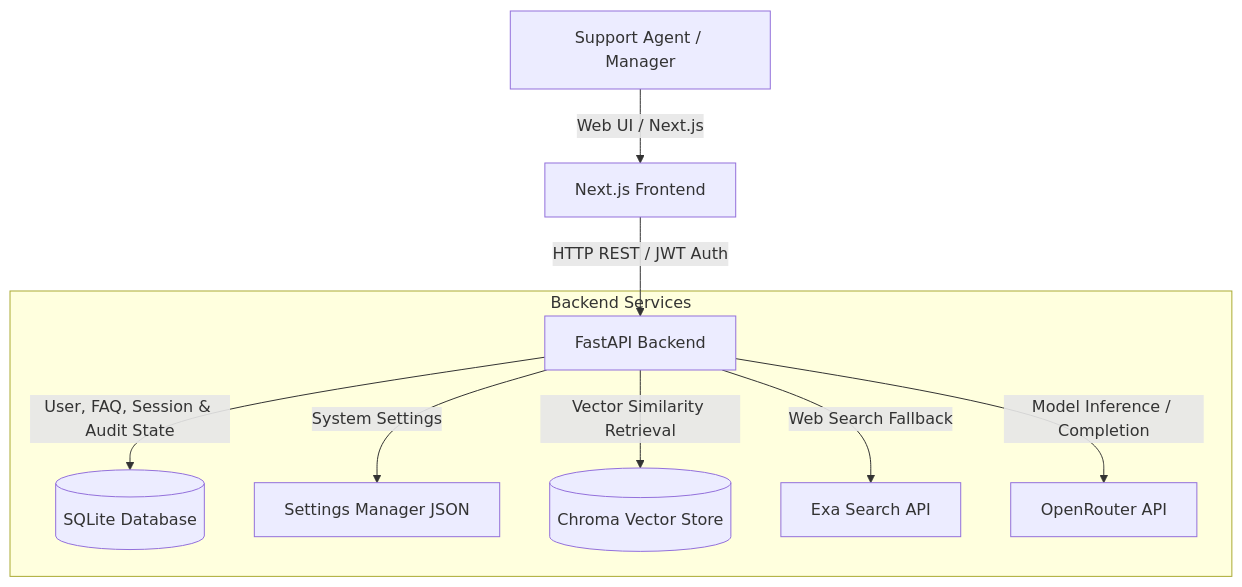
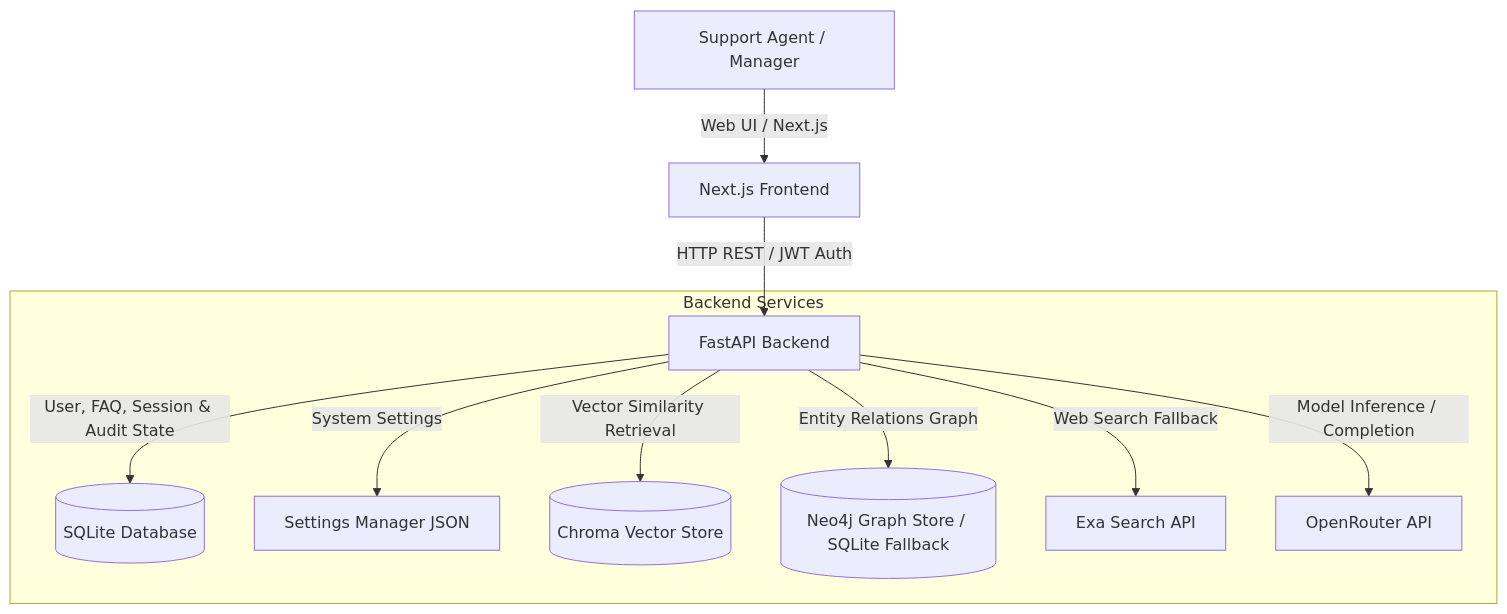
The first of 2 diagrams in System Report.md (johnpradeep06/Kairo), drawn with Mermaid before and after one commit. The commit also changed other lines of this file and 6 other files, not shown here.

Commit message:
Knowledge Graph, Neo4J Graph Rag Fixes

````diff
--- a/System Report.md
+++ b/System Report.md
@@ -13,13 +13,14 @@
 ```mermaid
 graph TD
     User[Support Agent / Manager] -->|Web UI / Next.js| FE[Next.js Frontend]
     FE -->|HTTP REST / JWT Auth| BE[FastAPI Backend]
     
     subgraph Backend Services
         BE -->|User, FAQ, Session & Audit State| DB[(SQLite Database)]
         BE -->|System Settings| SM[Settings Manager JSON]
         BE -->|Vector Similarity Retrieval| Chroma[(Chroma Vector Store)]
+        BE -->|Entity Relations Graph| KG[(Neo4j Graph Store / SQLite Fallback)]
         BE -->|Web Search Fallback| Exa[Exa Search API]
         BE -->|Model Inference / Completion| OpenRouter[OpenRouter API]
     end
 ```
````
